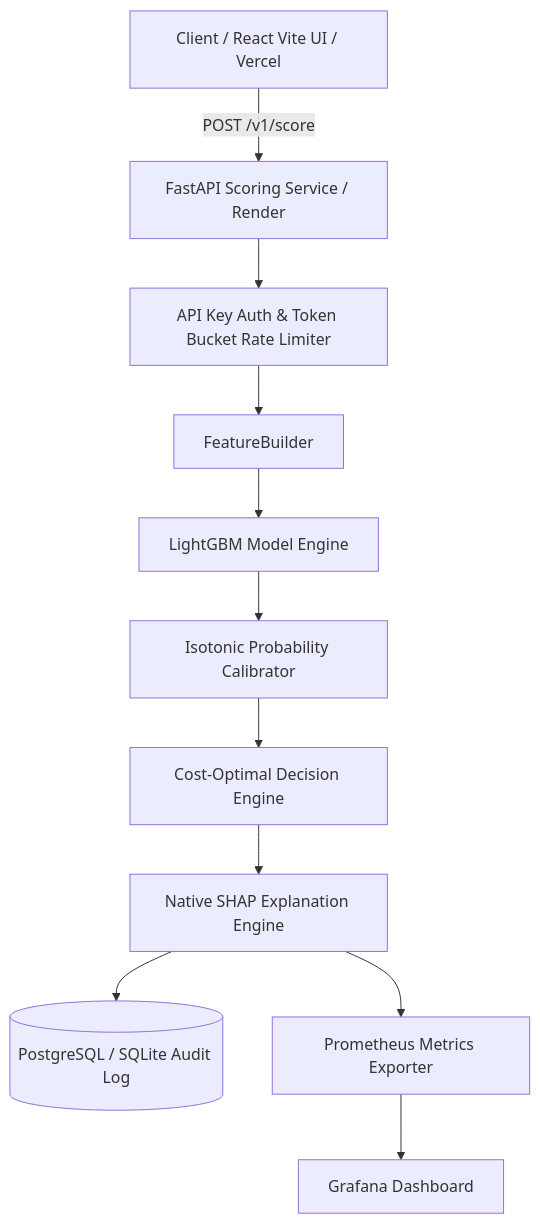
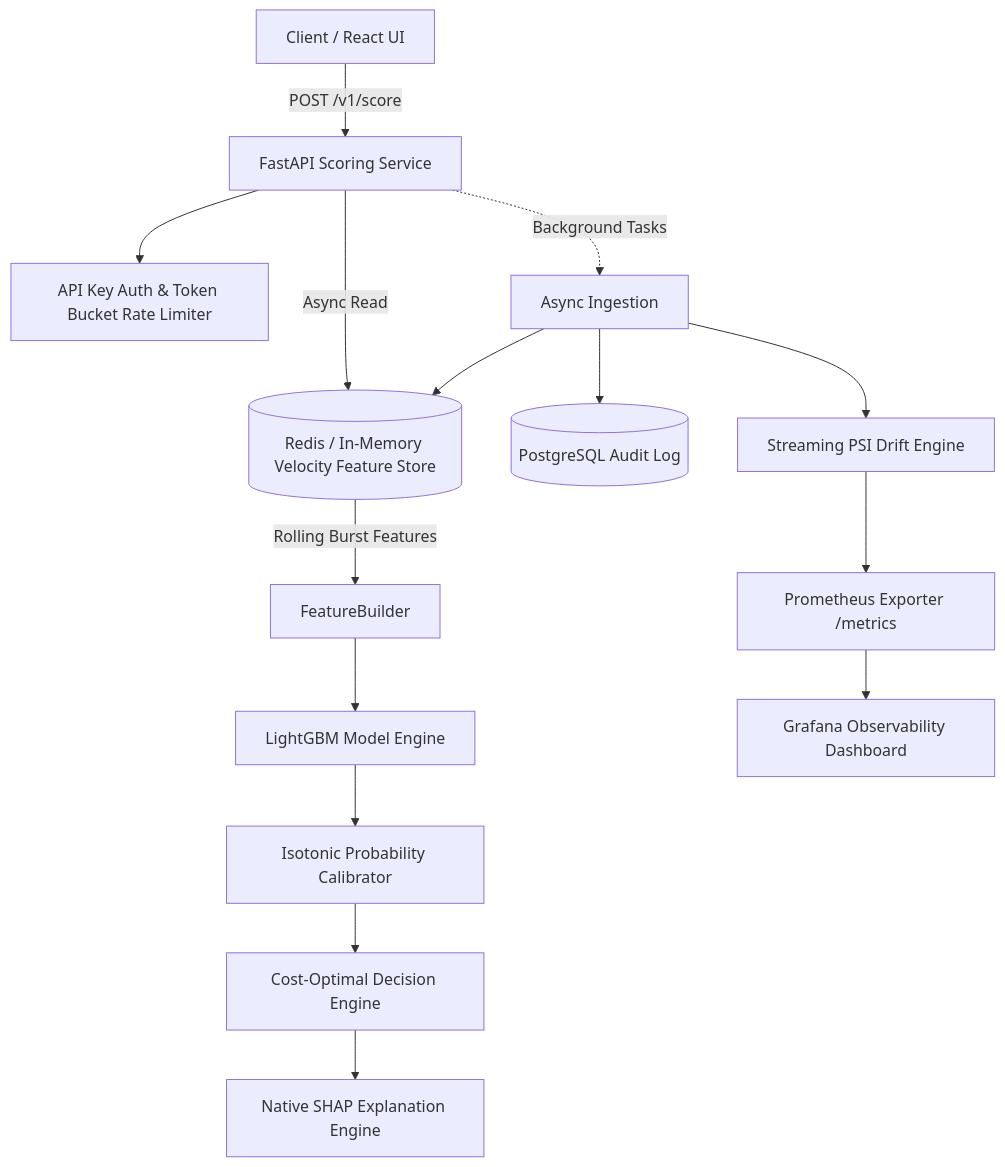
One commit to AshokSingodia-Codes/fraud-scoring-service changed the diagram in README.md. Above: the diagram before and after it, drawn with Mermaid. The commit also changed other lines of this file and 63 other files, not shown here.

````diff
--- a/README.md
+++ b/README.md
@@ -26,13 +26,17 @@
 ```mermaid
 flowchart TD
-    Client[Client / React Vite UI / Vercel] -->|POST /v1/score| API[FastAPI Scoring Service / Render]
+    Client[Client / React UI] -->|POST /v1/score| API[FastAPI Scoring Service]
     API --> Auth[API Key Auth & Token Bucket Rate Limiter]
-    Auth --> FB[FeatureBuilder]
+    API -->|Async Read| VStore[(Redis / In-Memory Velocity Feature Store)]
+    VStore -->|Rolling Burst Features| FB[FeatureBuilder]
     FB --> LGBM[LightGBM Model Engine]
     LGBM --> Calib[Isotonic Probability Calibrator]
     Calib --> Thresh[Cost-Optimal Decision Engine]
     Thresh --> SHAP[Native SHAP Explanation Engine]
-    SHAP --> DB[(PostgreSQL / SQLite Audit Log)]
-    SHAP --> Prom[Prometheus Metrics Exporter]
-    Prom --> Grafana[Grafana Dashboard]
+    API -.->|Background Tasks| Ingest[Async Ingestion]
+    Ingest --> DB[(PostgreSQL Audit Log)]
+    Ingest --> VStore
+    Ingest --> Drift[Streaming PSI Drift Engine]
+    Drift --> Prom[Prometheus Exporter /metrics]
+    Prom --> Grafana[Grafana Observability Dashboard]
 ```
````
